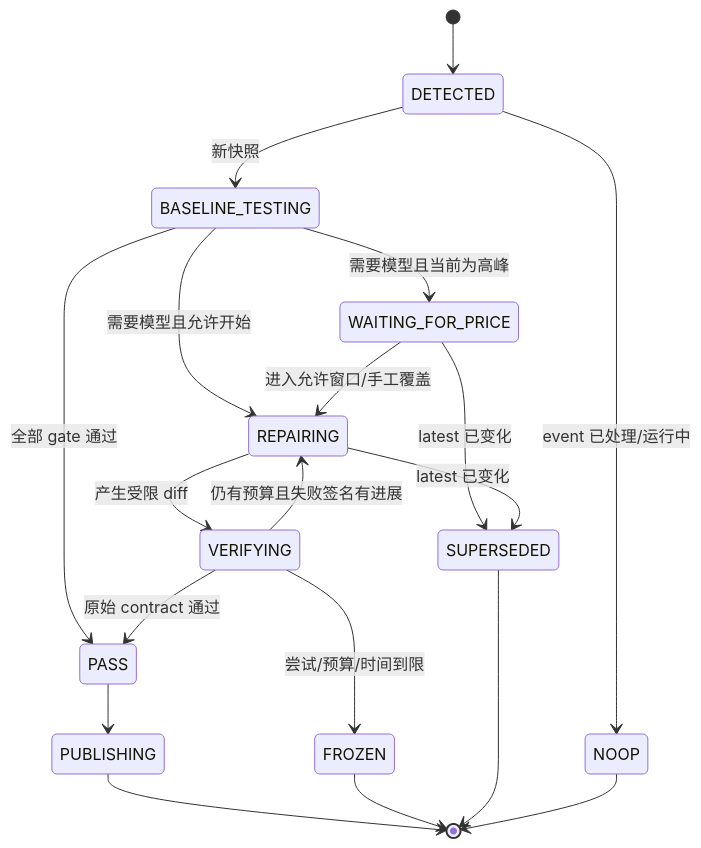
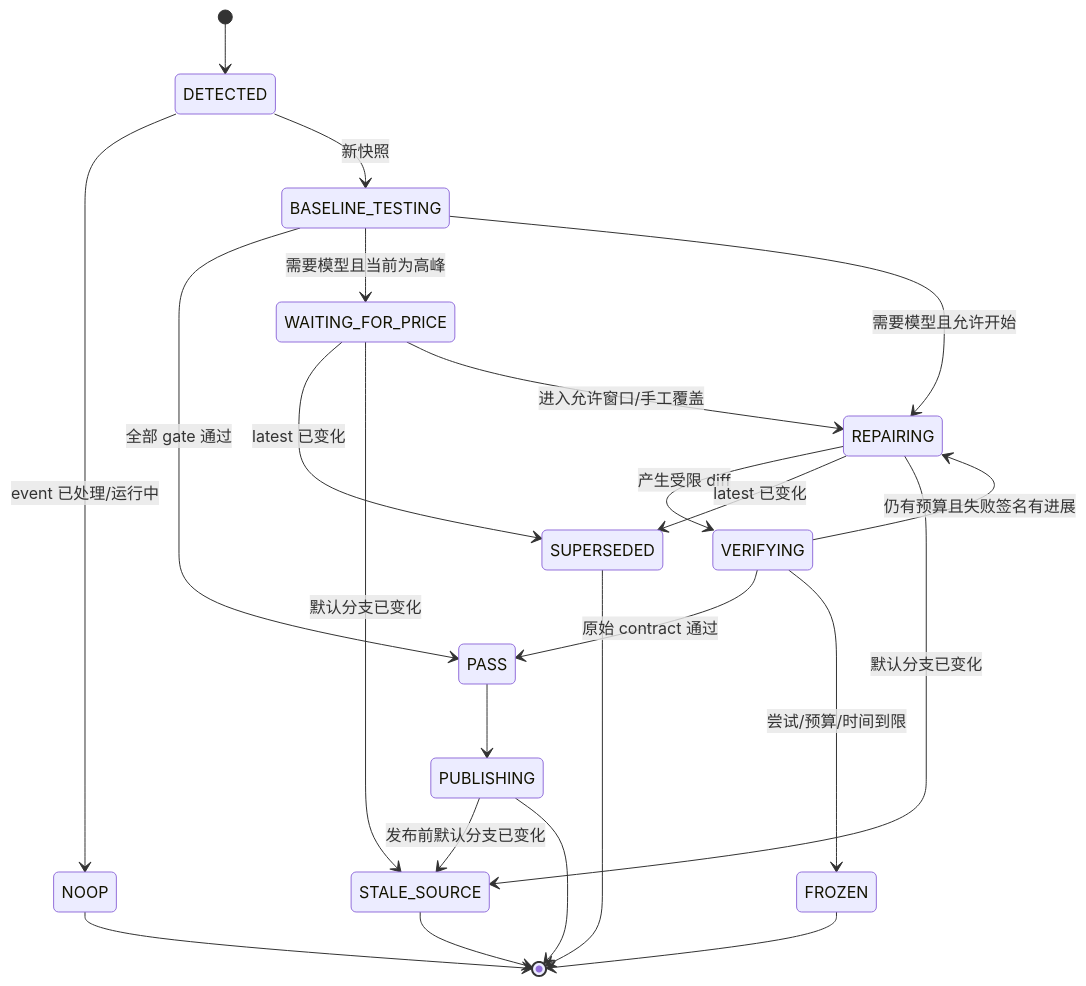
Before and after one commit to LCYLYM/dsh-plugin-compat-guardian: the second of 2 diagrams in docs/DESIGN.md, drawn with Mermaid. The commit also changed other lines of this file and 4 other files, not shown here.

First line of the commit message:
docs: stale repairs on source movement

````diff
--- a/docs/DESIGN.md
+++ b/docs/DESIGN.md
@@ -144,21 +145,25 @@
 ```mermaid
 stateDiagram-v2
     [*] --> DETECTED
     DETECTED --> NOOP: event 已处理/运行中
     DETECTED --> BASELINE_TESTING: 新快照
     BASELINE_TESTING --> PASS: 全部 gate 通过
     BASELINE_TESTING --> WAITING_FOR_PRICE: 需要模型且当前为高峰
     BASELINE_TESTING --> REPAIRING: 需要模型且允许开始
     WAITING_FOR_PRICE --> SUPERSEDED: latest 已变化
+    WAITING_FOR_PRICE --> STALE_SOURCE: 默认分支已变化
     WAITING_FOR_PRICE --> REPAIRING: 进入允许窗口/手工覆盖
     REPAIRING --> VERIFYING: 产生受限 diff
     VERIFYING --> PASS: 原始 contract 通过
     VERIFYING --> REPAIRING: 仍有预算且失败签名有进展
     VERIFYING --> FROZEN: 尝试/预算/时间到限
     REPAIRING --> SUPERSEDED: latest 已变化
+    REPAIRING --> STALE_SOURCE: 默认分支已变化
     PASS --> PUBLISHING
+    PUBLISHING --> STALE_SOURCE: 发布前默认分支已变化
     PUBLISHING --> [*]
     FROZEN --> [*]
     SUPERSEDED --> [*]
+    STALE_SOURCE --> [*]
     NOOP --> [*]
 ```
````
